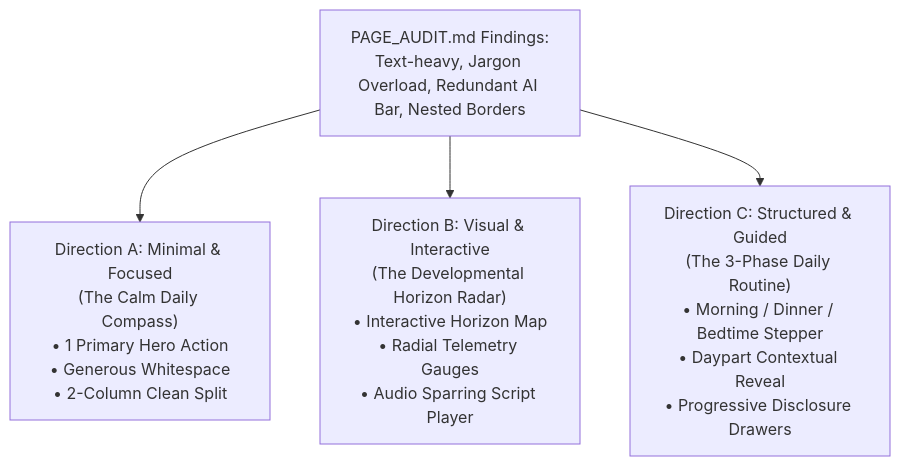
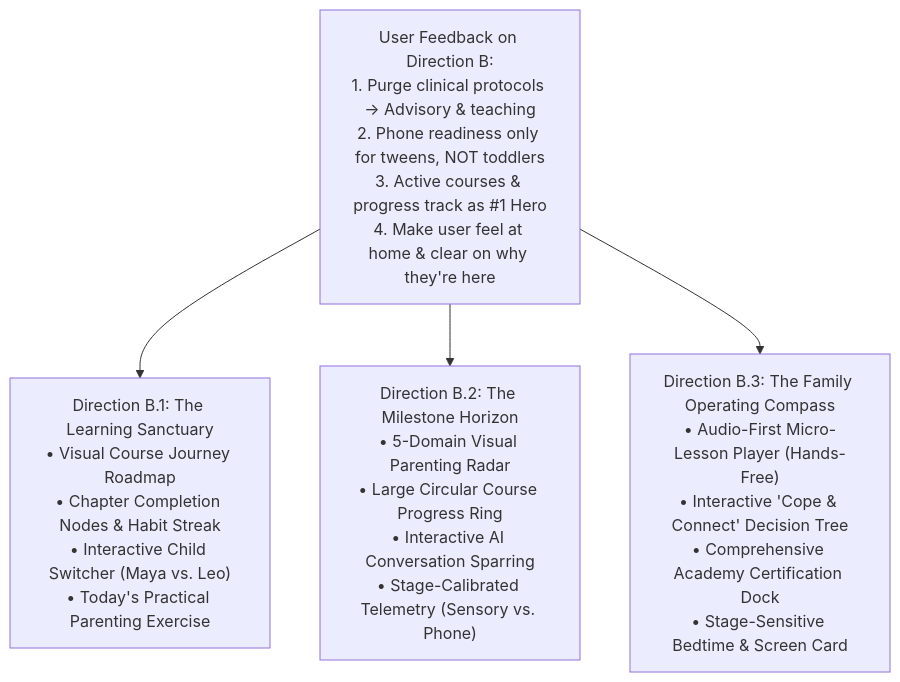
Before and after one commit to Souheil007/AlongSide: the diagram in design-explorations/sou-79-loggedin-home/DESIGN_ALTERNATIVES.md, drawn with Mermaid. The commit also changed other lines of this file and 5 other files, not shown here.

Commit message:
docs(ux): design 3 direction B variations with course focus and stage adaptation (Fixes SOU-79)

````diff
--- a/design-explorations/sou-79-loggedin-home/DESIGN_ALTERNATIVES.md
+++ b/design-explorations/sou-79-loggedin-home/DESIGN_ALTERNATIVES.md
@@ -16,10 +35,10 @@
 ```mermaid
 graph TD
-    Audit["PAGE_AUDIT.md Findings:<br/>Text-heavy, Jargon Overload, Redundant AI Bar, Nested Borders"]
+    Feedback["User Feedback on Direction B:<br/>1. Purge clinical protocols → Advisory & teaching<br/>2. Phone readiness only for tweens, NOT toddlers<br/>3. Active courses & progress track as #1 Hero<br/>4. Make user feel at home & clear on why they're here"]
     
-    Audit --> DirA["Direction A: Minimal & Focused<br/>(The Calm Daily Compass)<br/>• 1 Primary Hero Action<br/>• Generous Whitespace<br/>• 2-Column Clean Split"]
+    Feedback --> B1["Direction B.1: The Learning Sanctuary<br/>• Visual Course Journey Roadmap<br/>• Chapter Completion Nodes & Habit Streak<br/>• Interactive Child Switcher (Maya vs. Leo)<br/>• Today's Practical Parenting Exercise"]
     
-    Audit --> DirB["Direction B: Visual & Interactive<br/>(The Developmental Horizon Radar)<br/>• Interactive Horizon Map<br/>• Radial Telemetry Gauges<br/>• Audio Sparring Script Player"]
+    Feedback --> B2["Direction B.2: The Milestone Horizon<br/>• 5-Domain Visual Parenting Radar<br/>• Large Circular Course Progress Ring<br/>• Interactive AI Conversation Sparring<br/>• Stage-Calibrated Telemetry (Sensory vs. Phone)"]
     
-    Audit --> DirC["Direction C: Structured & Guided<br/>(The 3-Phase Daily Routine)<br/>• Morning / Dinner / Bedtime Stepper<br/>• Daypart Contextual Reveal<br/>• Progressive Disclosure Drawers"]
+    Feedback --> B3["Direction B.3: The Family Operating Compass<br/>• Audio-First Micro-Lesson Player (Hands-Free)<br/>• Interactive 'Cope & Connect' Decision Tree<br/>• Comprehensive Academy Certification Dock<br/>• Stage-Sensitive Bedtime & Screen Card"]
 ```
````
